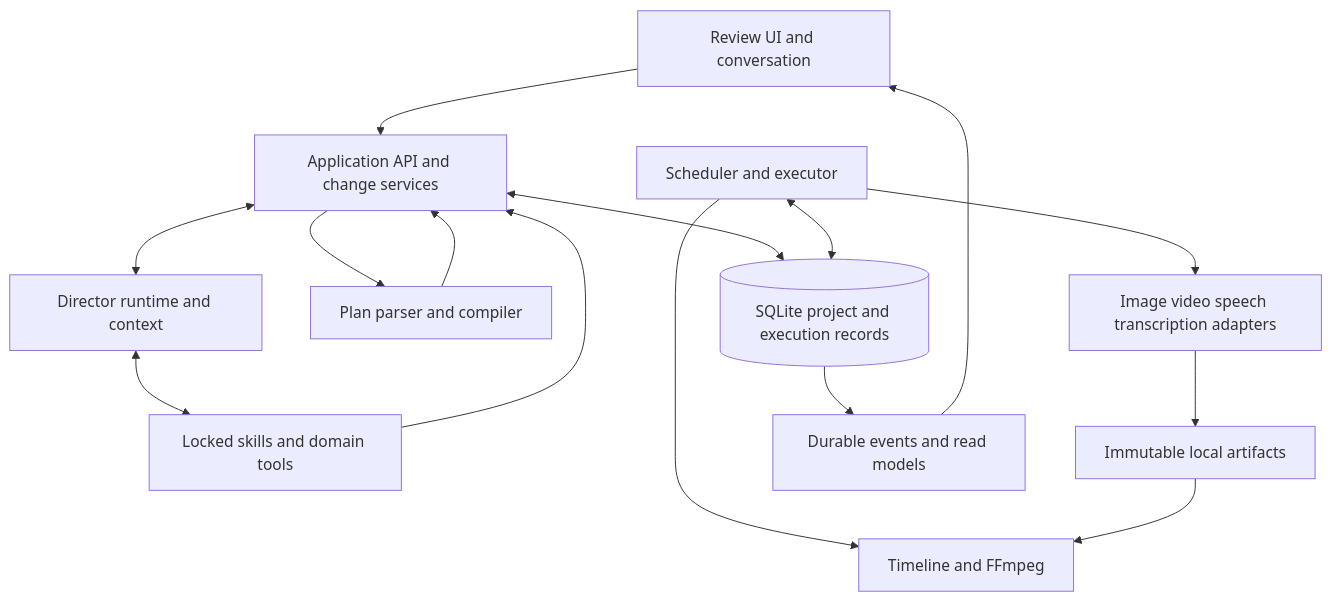
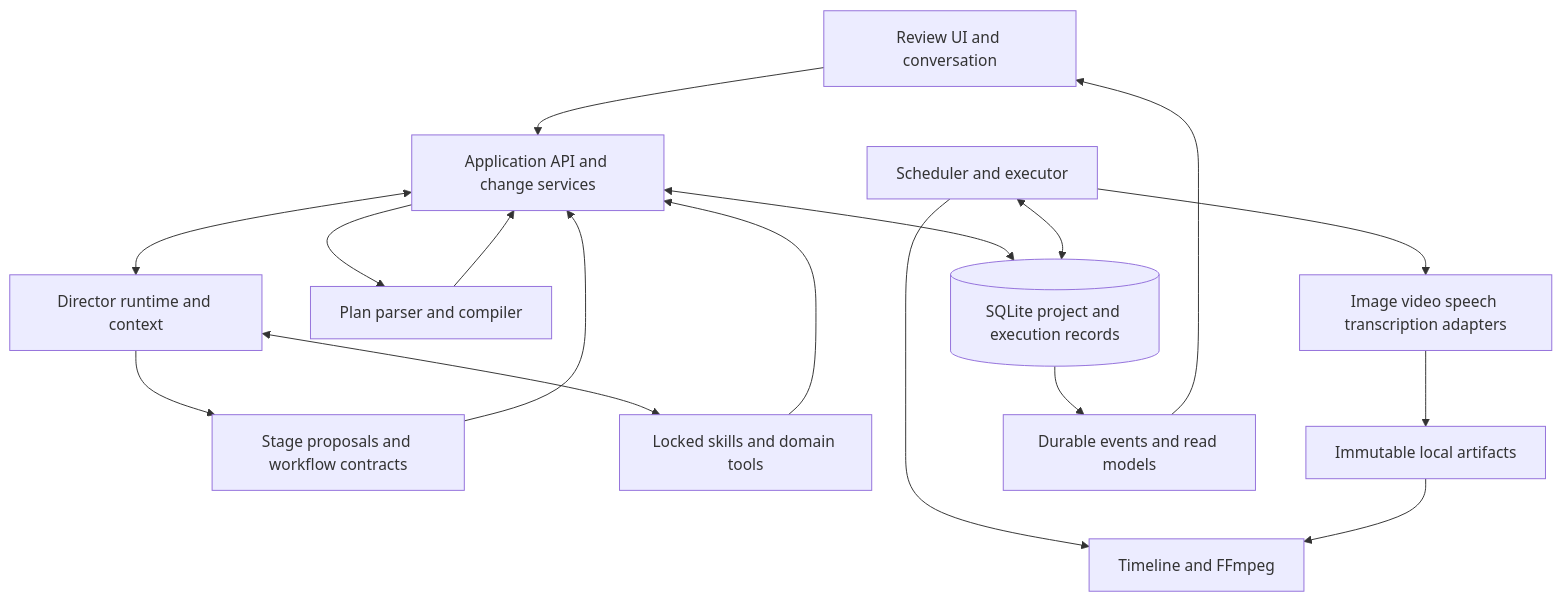
The diagram in docs/technical/README.md (Michael-Ma/OpenSlate), drawn with Mermaid before and after one commit. The commit also changed other lines of this file and 20 other files, not shown here.

Commit message:
Define production workflow contracts and implementation plan

````diff
--- a/docs/technical/README.md
+++ b/docs/technical/README.md
@@ -10,17 +10,19 @@
 ```mermaid
 flowchart TB
     UI[Review UI and conversation] --> API[Application API and change services]
     API <--> Director[Director runtime and context]
+    Director --> Workflow[Stage proposals and workflow contracts]
+    Workflow --> API
     Director <--> Tools[Locked skills and domain tools]
     Tools --> API
     API --> Compiler[Plan parser and compiler]
     API <--> DB[(SQLite project and execution records)]
     Compiler --> API
     Worker[Scheduler and executor] <--> DB
     Worker --> Providers[Image video speech transcription adapters]
     Providers --> Assets[Immutable local artifacts]
     Worker --> Render[Timeline and FFmpeg]
     Assets --> Render
     DB --> Events[Durable events and read models]
     Events --> UI
 ```
````
